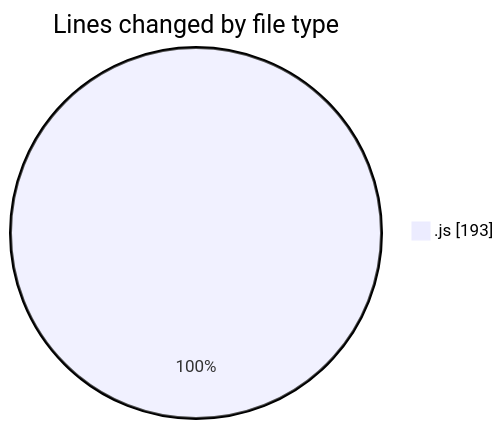
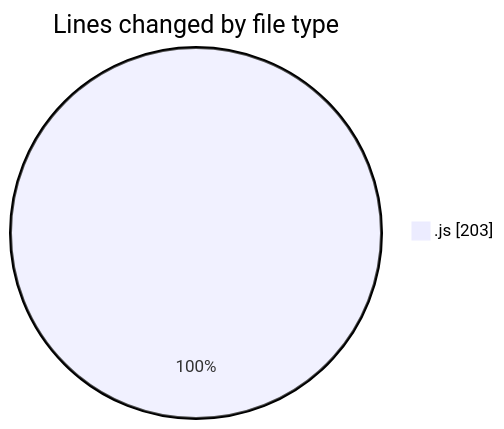
Before and after one commit to Ritupan-Deka/code-tracking: the first of 2 diagrams in 2025-07-27/javascript/README.md, drawn with Mermaid. The commit also changed other lines of this file and 1 other file, not shown here.

````diff
--- a/2025-07-27/javascript/README.md
+++ b/2025-07-27/javascript/README.md
@@ -20,5 +20,5 @@
 ```mermaid
 pie showData
 title Lines changed by file type
-".js" : 193
+".js" : 203
 ```
````
